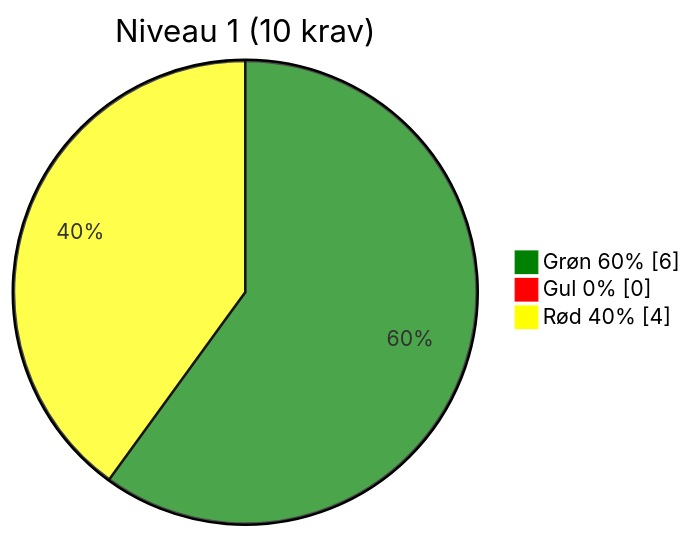
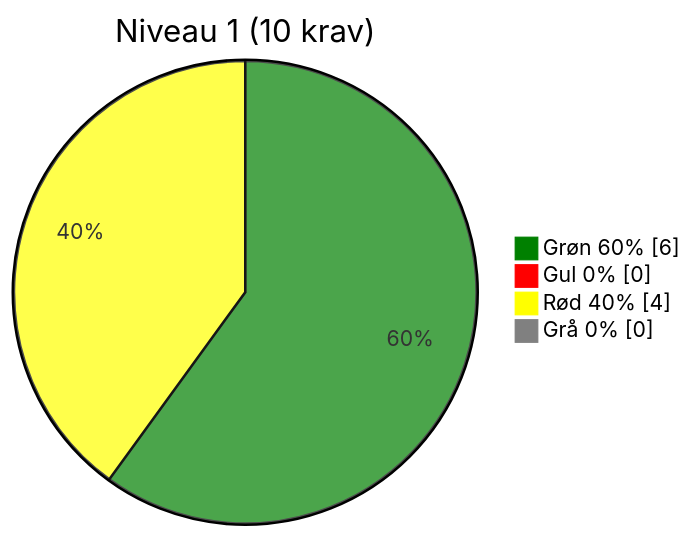
The second of 5 diagrams in docs/audits/os2-test_assessment.md (OS2offdig/os2-product-reviews), drawn with Mermaid before and after one commit. The commit also changed other lines of this file, not shown here.

````diff
--- a/docs/audits/os2-test_assessment.md
+++ b/docs/audits/os2-test_assessment.md
@@ -115,10 +116,11 @@
 ```mermaid
 %%{init: {"themeVariables": {
- "pie1": "#008000", "pie2": "#FF0000", "pie3": "#FFFF00"
+ "pie1": "#008000", "pie2": "#FF0000", "pie3": "#FFFF00", "pie4": "#808080"
 }}}%%
 pie showData
  title Niveau 1 (10 krav)
  "Grøn 60%" : 6
  "Gul 0%" : 0
  "Rød 40%" : 4
+ "Grå 0%" : 0
 ```
````
